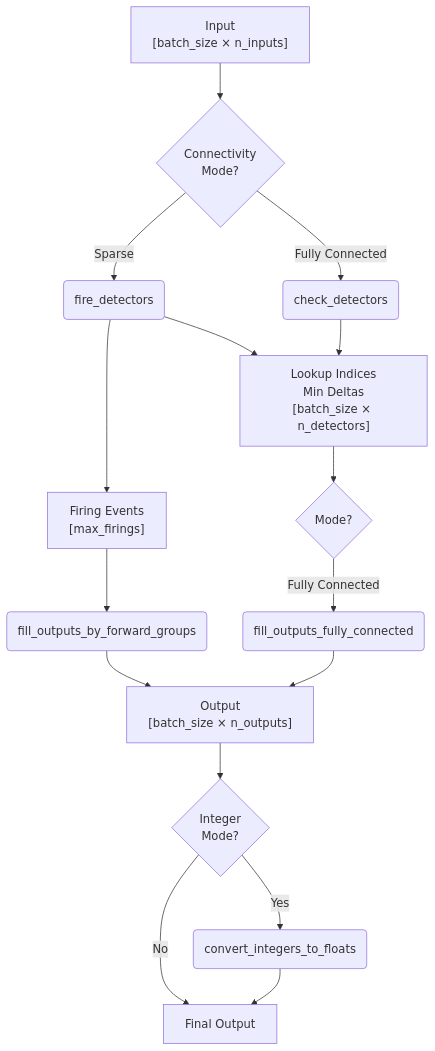
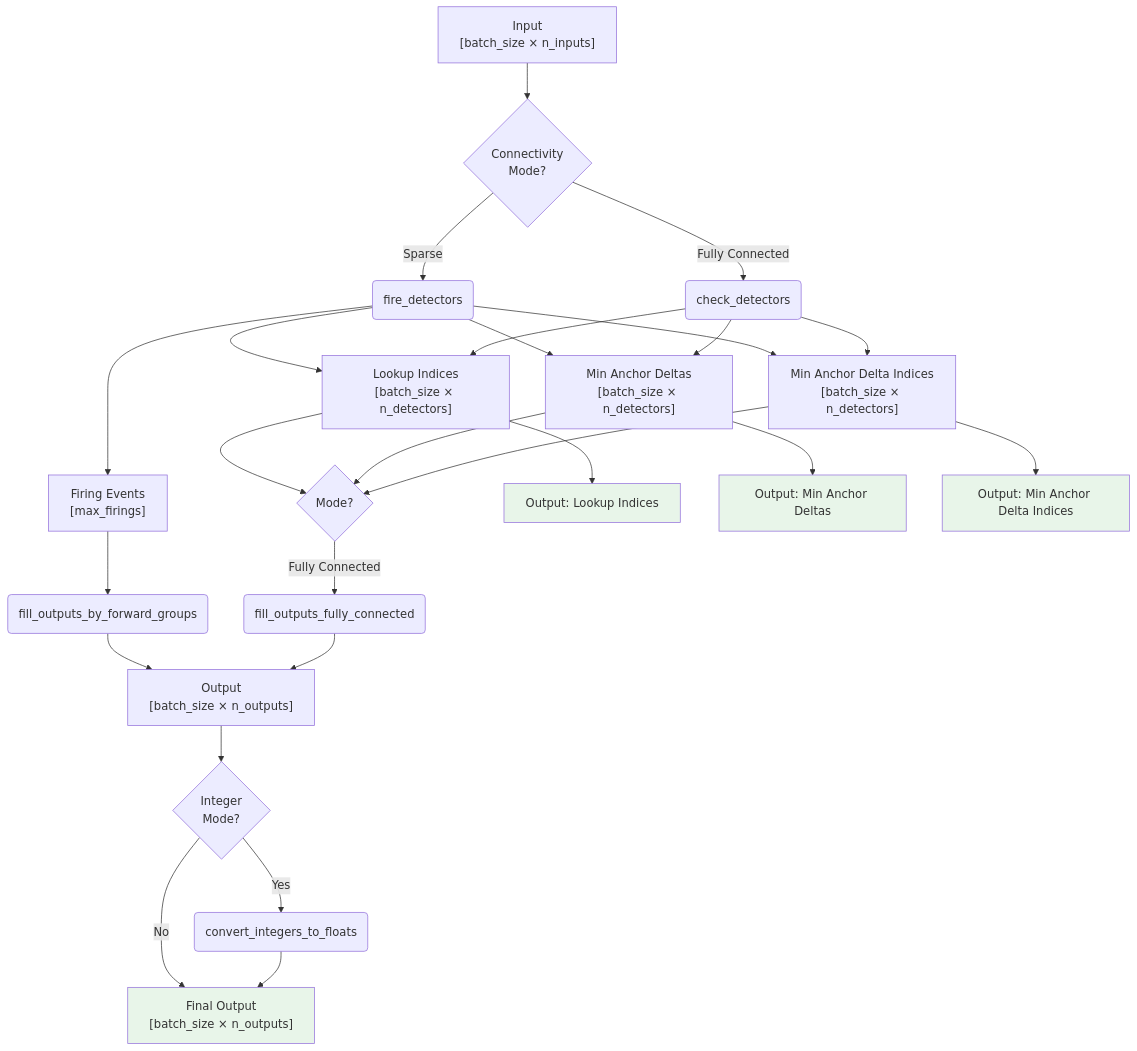
One commit to anatoli-starostin/spiky changed the first of 5 diagrams in spiky_cuda/lut/doc/LUT_RUNTIME_DATA_FLOW.md. Above: the diagram before and after it, drawn with Mermaid.

Commit message:
LUT in progress

````diff
--- a/spiky_cuda/lut/doc/LUT_RUNTIME_DATA_FLOW.md
+++ b/spiky_cuda/lut/doc/LUT_RUNTIME_DATA_FLOW.md
@@ -9,23 +9,38 @@
 ```mermaid
 flowchart TD
     A["Input<br/>[batch_size × n_inputs]"] --> B{Connectivity<br/>Mode?}
     B -->|Sparse| C(fire_detectors)
     B -->|Fully Connected| D(check_detectors)
     
-    C --> E["Lookup Indices<br/>Min Deltas<br/>[batch_size × n_detectors]"]
-    C --> F["Firing Events<br/>[max_firings]"]
+    C --> E["Lookup Indices<br/>[batch_size × n_detectors]"]
+    C --> F["Min Anchor Deltas<br/>[batch_size × n_detectors]"]
+    C --> G["Min Anchor Delta Indices<br/>[batch_size × n_detectors]"]
+    C --> H["Firing Events<br/>[max_firings]"]
     
     D --> E
+    D --> F
+    D --> G
     
-    E --> G{Mode?}
-    F --> H(fill_outputs_by_forward_groups)
-    G -->|Fully Connected| I(fill_outputs_fully_connected)
+    E --> I{Mode?}
+    F --> I
+    G --> I
+    H --> J(fill_outputs_by_forward_groups)
+    I -->|Fully Connected| K(fill_outputs_fully_connected)
     
-    H --> J["Output<br/>[batch_size × n_outputs]"]
-    I --> J
+    J --> L["Output<br/>[batch_size × n_outputs]"]
+    K --> L
     
-    J --> K{Integer<br/>Mode?}
-    K -->|Yes| L(convert_integers_to_floats)
-    K -->|No| M[Final Output]
-    L --> M
+    L --> M{Integer<br/>Mode?}
+    M -->|Yes| N(convert_integers_to_floats)
+    M -->|No| O["Final Output<br/>[batch_size × n_outputs]"]
+    N --> O
+    
+    E --> P["Output: Lookup Indices"]
+    F --> Q["Output: Min Anchor Deltas"]
+    G --> R["Output: Min Anchor Delta Indices"]
+    
+    style P fill:#e8f5e9
+    style Q fill:#e8f5e9
+    style R fill:#e8f5e9
+    style O fill:#e8f5e9
 ```
````
